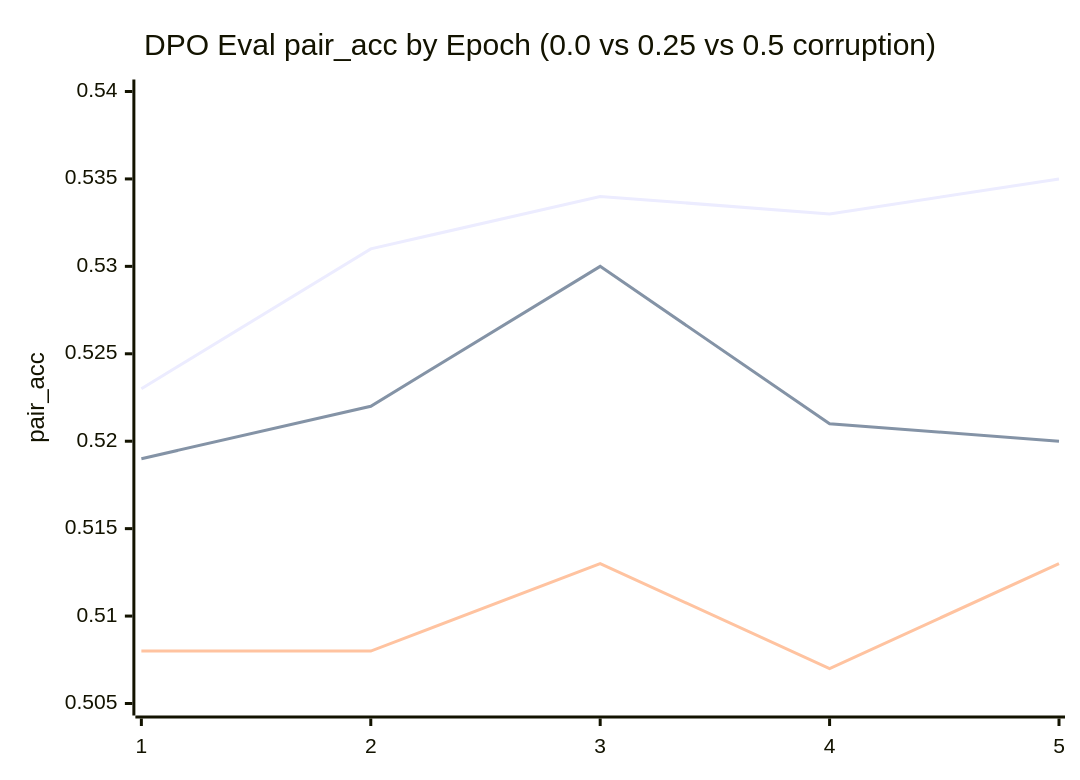
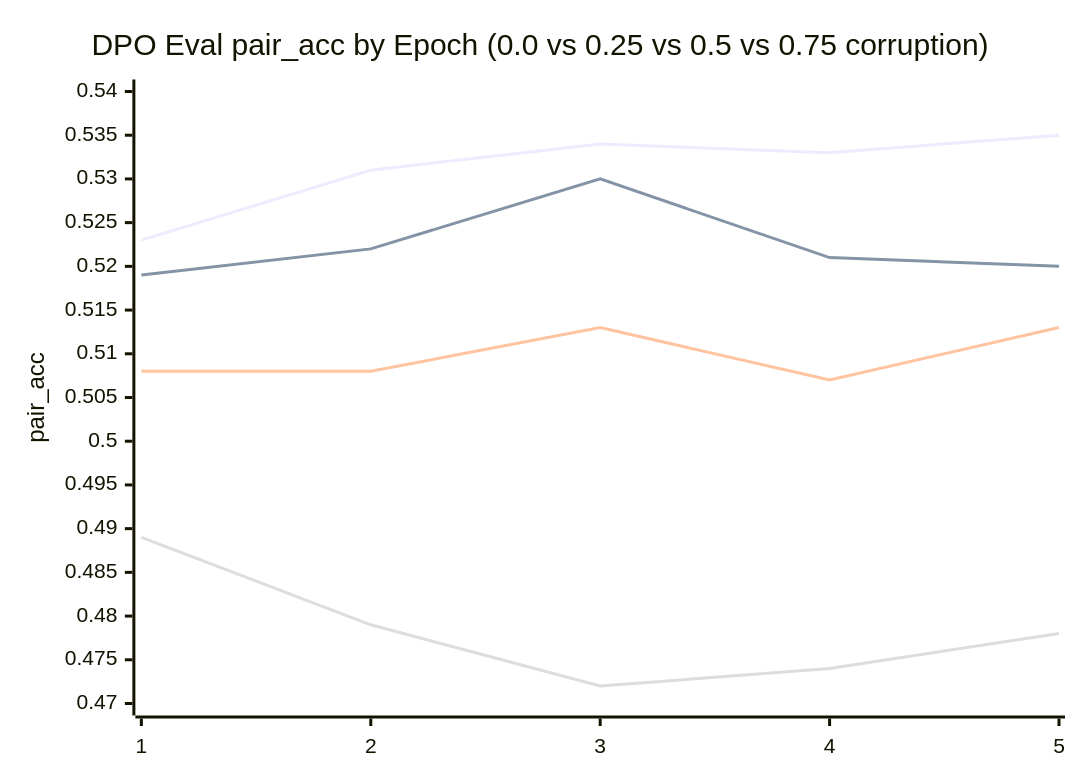
One commit to ethanlou36/implicit_finetuning changed the second of 2 diagrams in README.md. Above: the diagram before and after it, drawn with Mermaid. The commit also changed other lines of this file, not shown here.

````diff
--- a/README.md
+++ b/README.md
@@ -133,9 +134,10 @@
 ```mermaid
 xychart-beta
-    title "DPO Eval pair_acc by Epoch (0.0 vs 0.25 vs 0.5 corruption)"
+    title "DPO Eval pair_acc by Epoch (0.0 vs 0.25 vs 0.5 vs 0.75 corruption)"
     x-axis [1, 2, 3, 4, 5]
-    y-axis "pair_acc" 0.505 --> 0.54
+    y-axis "pair_acc" 0.47 --> 0.54
     line [0.523, 0.531, 0.534, 0.533, 0.535]
     line [0.519, 0.522, 0.530, 0.521, 0.520]
     line [0.508, 0.508, 0.513, 0.507, 0.513]
+    line [0.489, 0.479, 0.472, 0.474, 0.478]
 ```
````
